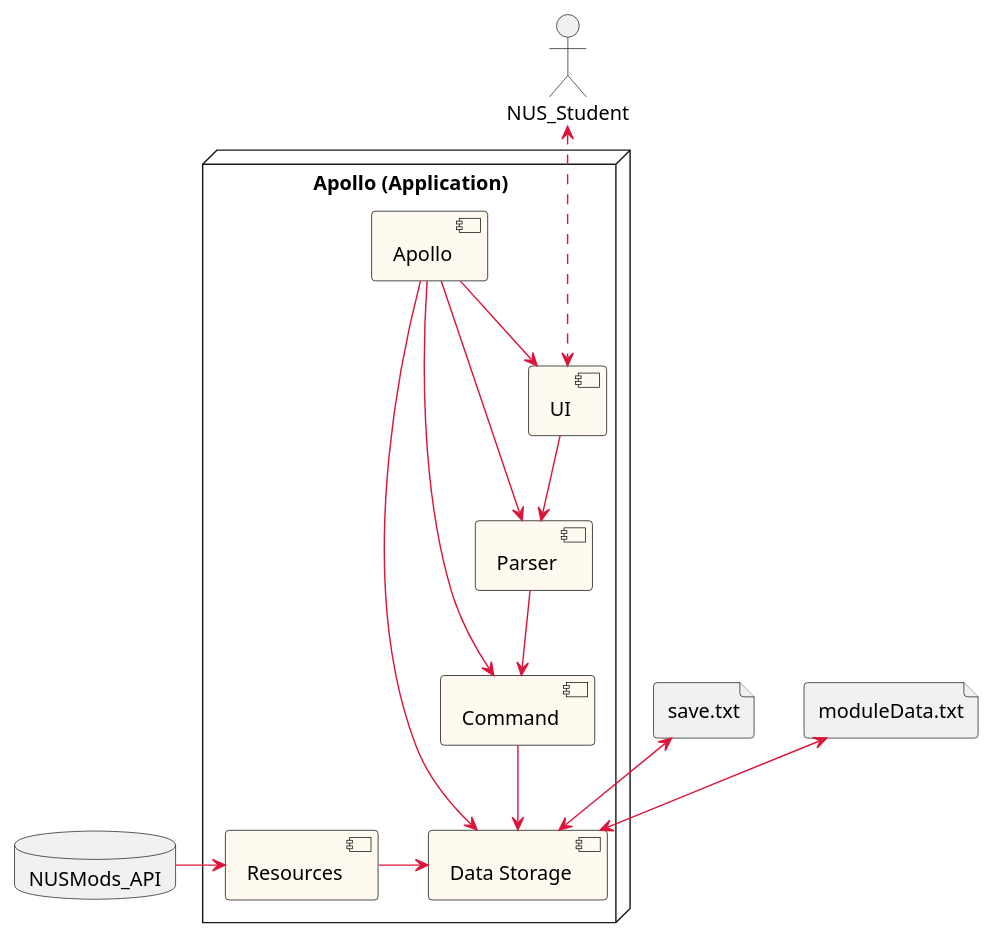
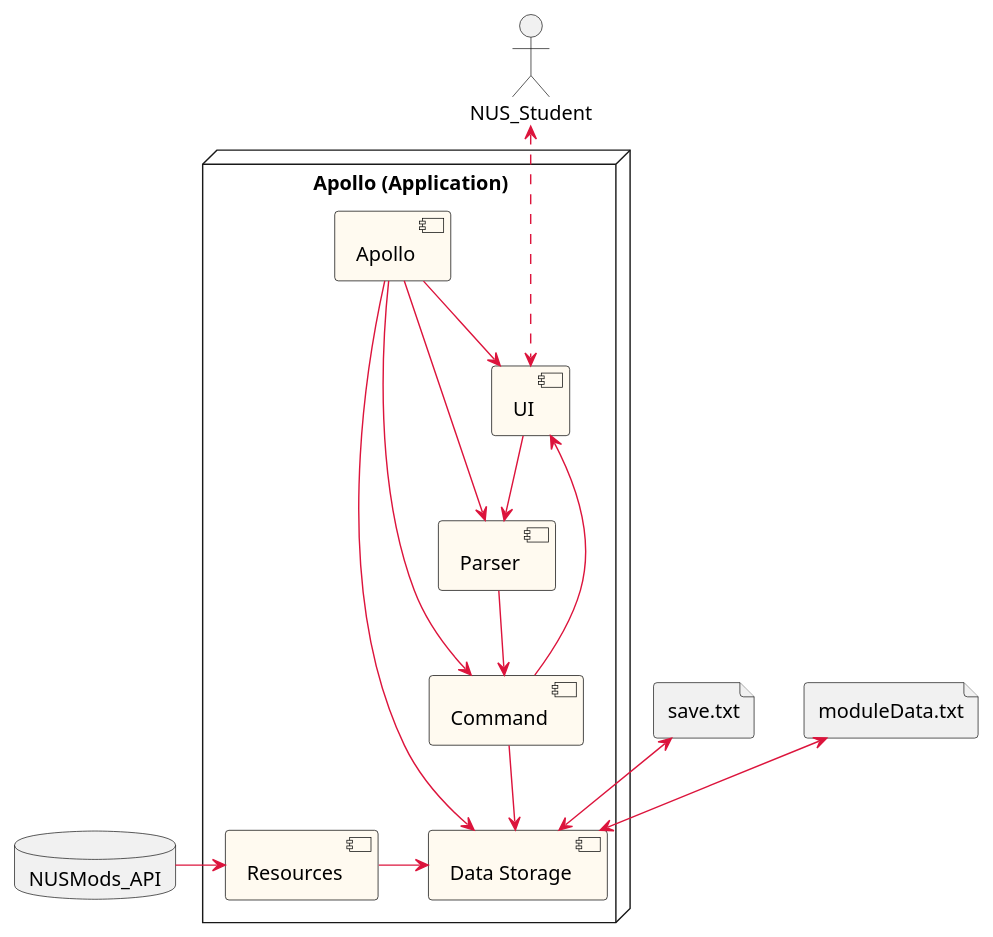
One commit to nus-cs2113-AY2223S2/tp changed the diagram in docs/uml-source/SystemArchitecture.puml. Above: the diagram before and after it, drawn with PlantUML. The commit also changed 2 other files, not shown here.

Commit message:
Update UML and DG for system architecture

```diff
--- a/docs/uml-source/SystemArchitecture.puml
+++ b/docs/uml-source/SystemArchitecture.puml
@@ -1,42 +1,43 @@
 @startuml
 'https://plantuml.com/component-diagram
 
 skinparam maxMessageSize 150
 skinparam wrapWidth 150
 
 skinparam component {
   BackgroundColor FloralWhite
   BorderColor Black
   ArrowColor Crimson
 }
 
 
 node "Apollo (Application)" {
   [Apollo]
   [UI]
   [Parser]
   [Command]
   [Data Storage]
     [Resources]
 }
 
 actor NUS_Student
 database NUSMods_API
 file save.txt
 file moduleData.txt
 
 
 [Apollo] --> [UI]
 [Apollo] --> [Data Storage]
 [Apollo] --> [Parser]
 [Apollo] --> [Command]
 NUS_Student <-.-> [UI]
 [UI] --> [Parser]
 [Parser] --> [Command]
+[Command] --> [UI]
 [Command] --> [Data Storage]
 NUSMods_API -right-> [Resources]
 [Resources] -right-> [Data Storage]
 [save.txt]<-->[Data Storage]
 [moduleData.txt]<-->[Data Storage]
 
 @enduml
```
